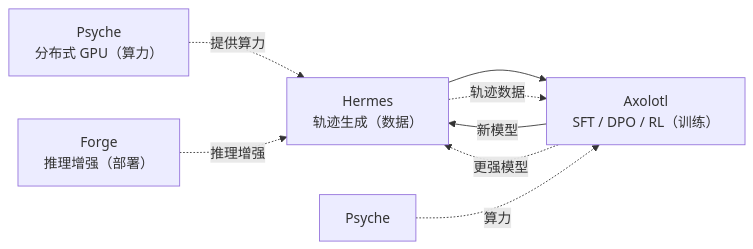
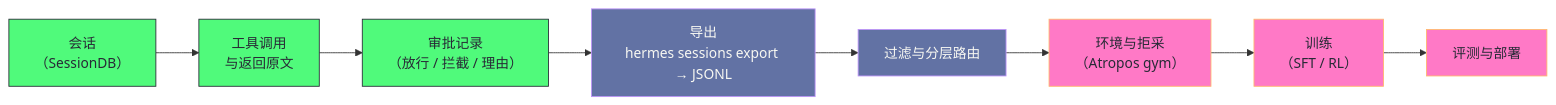
Before and after one commit to hpliStartAgain/my-brain: the first of 5 diagrams in content/LLM/Hermes-Agent/11 MLOps 与研究——批量轨迹生成与 RL 训练.md, drawn with Mermaid. The commit also changed other lines of this file and 259 other files, not shown here.

````diff
--- a/content/LLM/Hermes-Agent/11 MLOps 与研究——批量轨迹生成与 RL 训练.md
+++ b/content/LLM/Hermes-Agent/11 MLOps 与研究——批量轨迹生成与 RL 训练.md
@@ -295,20 +91,18 @@
 ```mermaid
 %%{init: {'theme': 'dracula'}}%%
 graph LR
-    H["Hermes<br/>轨迹生成（数据）"] --> A["Axolotl<br/>SFT / DPO / RL（训练）"]
-    P["Psyche<br/>分布式 GPU（算力）"] -.->|"提供算力"| H
-    P2["Psyche"] -.->|"算力"| A
-    A -->|"新模型"| H
-    F["Forge<br/>推理增强（部署）"]
+    A["会话<br/>（SessionDB）"] --> B["工具调用<br/>与返回原文"]
+    B --> C["审批记录<br/>（放行 / 拦截 / 理由）"]
+    C --> D["导出<br/>hermes sessions export → JSONL"]
+    D --> E["过滤与分层路由"]
+    E --> F["环境与拒采<br/>（Atropos gym）"]
+    F --> G["训练<br/>（SFT / RL）"]
+    G --> H["评测与部署"]
 
-    H -.->|"轨迹数据"| A
-    A -.->|"更强模型"| H
-    F -.->|"推理增强"| H
-
-    classDef data fill:#50fa7b,stroke:#50fa7b,color:#282a36
-    classDef train fill:#8be9fd,stroke:#8be9fd,color:#282a36
-    classDef infra fill:#ff79c6,stroke:#ff79c6,color:#f8f8f2
-    class H special
-    class A,P2 layer
-    class H,A fill:#6272a4
+    classDef src fill:#50fa7b,stroke:#282a36,color:#282a36
+    classDef mid fill:#6272a4,stroke:#bd93f9,color:#f8f8f2
+    classDef out fill:#ff79c6,stroke:#ffb86c,color:#282a36
+    class A,B,C src
+    class D,E mid
+    class F,G,H out
 ```
````
